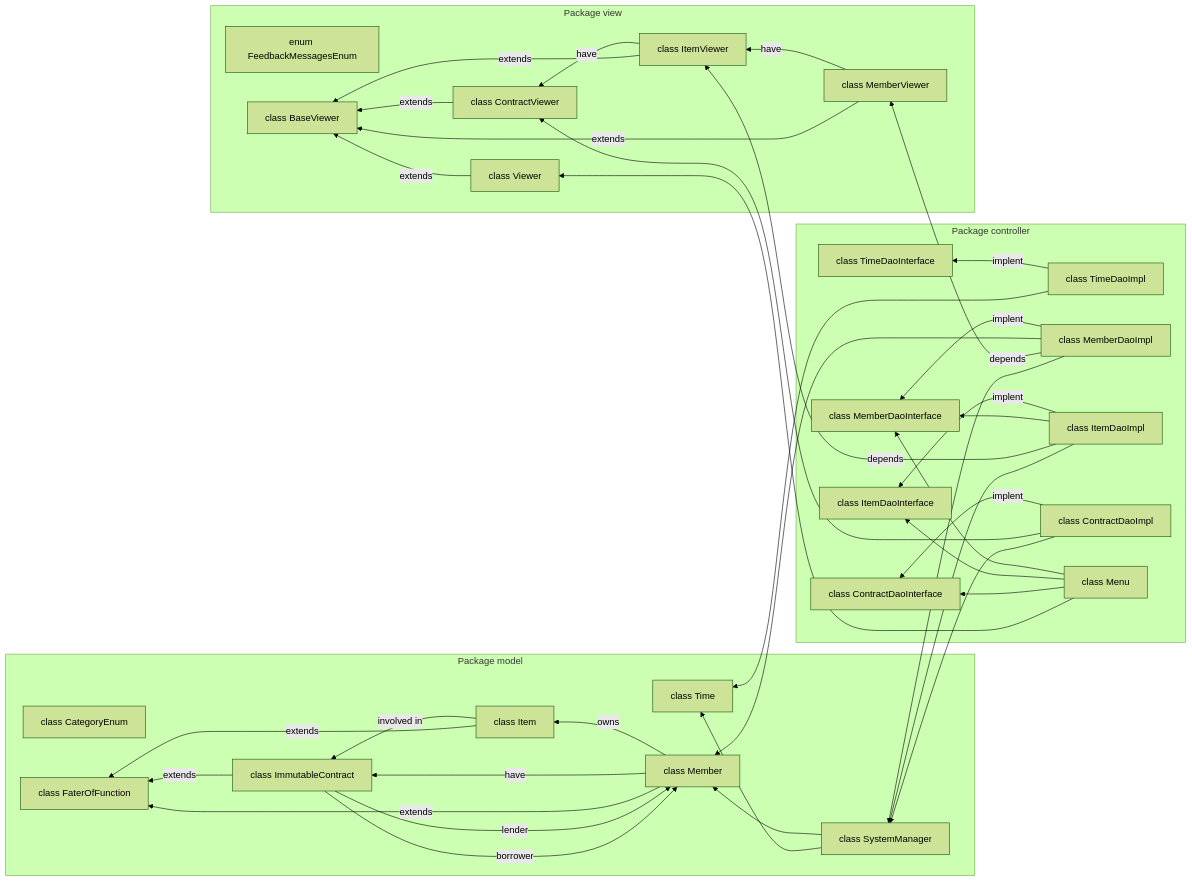
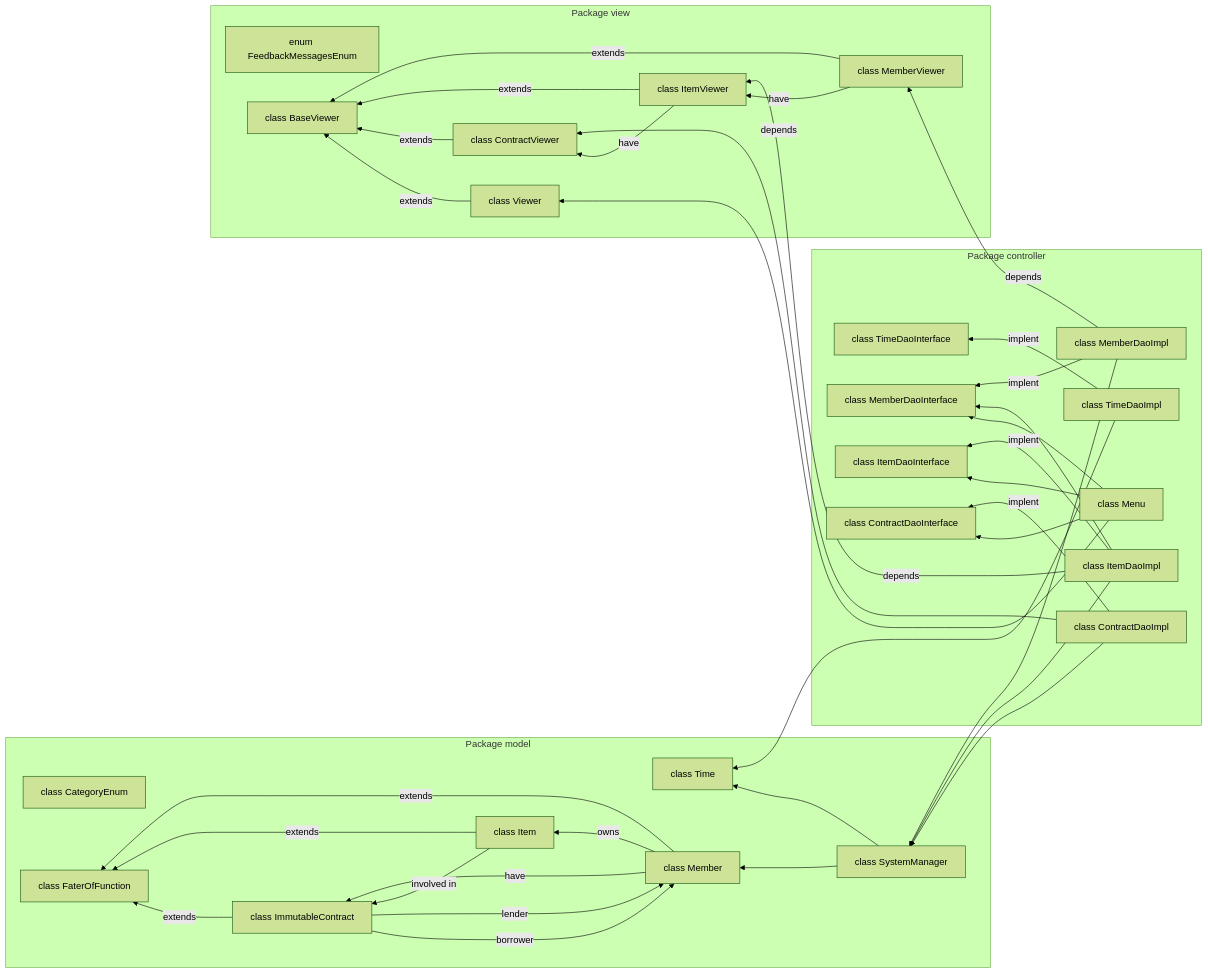
Before and after one commit to ashkar99/Stuff-Lending-System: the first of 5 diagrams in design.md, drawn with Mermaid (forest theme).

Commit message:
Update file design.md

```diff
--- a/design.md
+++ b/design.md
@@ -45,13 +45,14 @@
     controller9 --> controller3
     controller9 --> controller5
     controller9 --> controller7
-    controller8 --> view3
+    
 
     controller1 --> model1
-    controller4 --> model2
+
     
     controller6 --"depends"--> view2 
     controller4--"depends"--> view1
+    controller8 --"depends"--> view3
 
 
     controller9 --> view6
```
